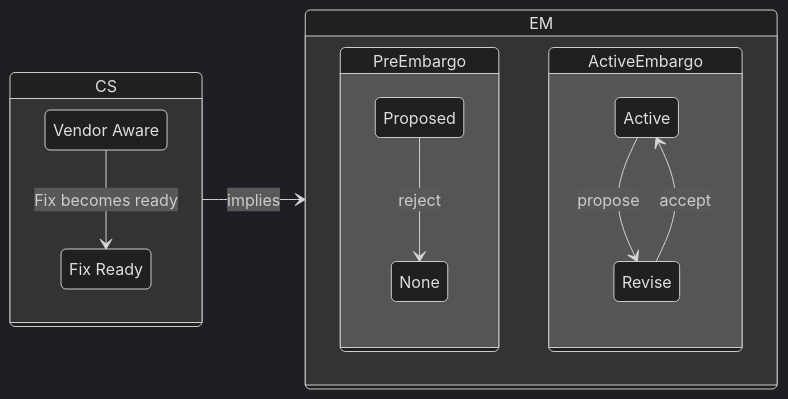
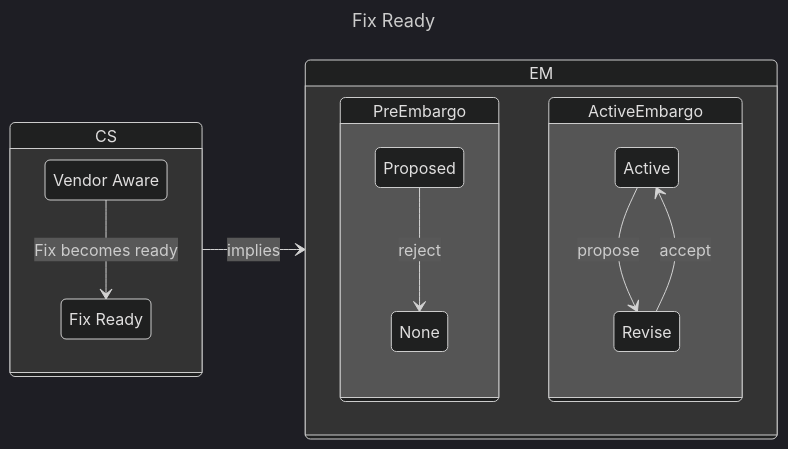
Before and after one commit to CERTCC/Vultron: the third of 9 diagrams in docs/topics/process_models/model_interactions/rm_em_cs.md, drawn with Mermaid (dark theme). The commit also changed other lines of this file and 30 other files, not shown here.

````diff
--- a/docs/topics/process_models/model_interactions/rm_em_cs.md
+++ b/docs/topics/process_models/model_interactions/rm_em_cs.md
@@ -132,23 +139,26 @@
 ```mermaid
+---
+title: Fix Ready
+---
 stateDiagram-v2
     direction LR
     state CS {
         Vfd: Vendor Aware
         VFd: Fix Ready
         Vfd --> VFd : Fix becomes ready
     }
     state EM {
         state PreEmbargo{
             P: Proposed
             N: None
             P --> N: reject
         }
         state ActiveEmbargo {
             A: Active
             R: Revise
             A --> R: propose
             R --> A: accept
         }
     }
     CS --> EM: implies
 ```
````
